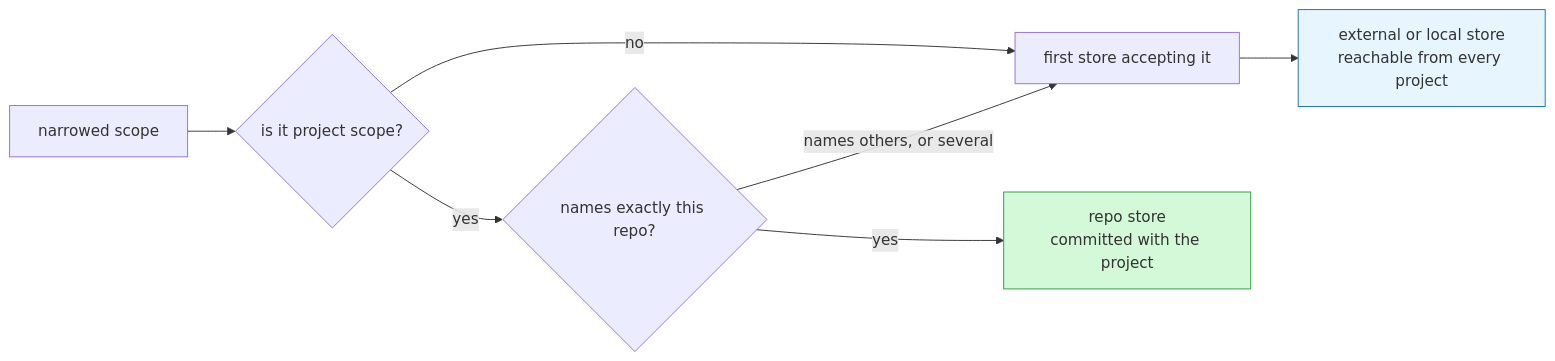
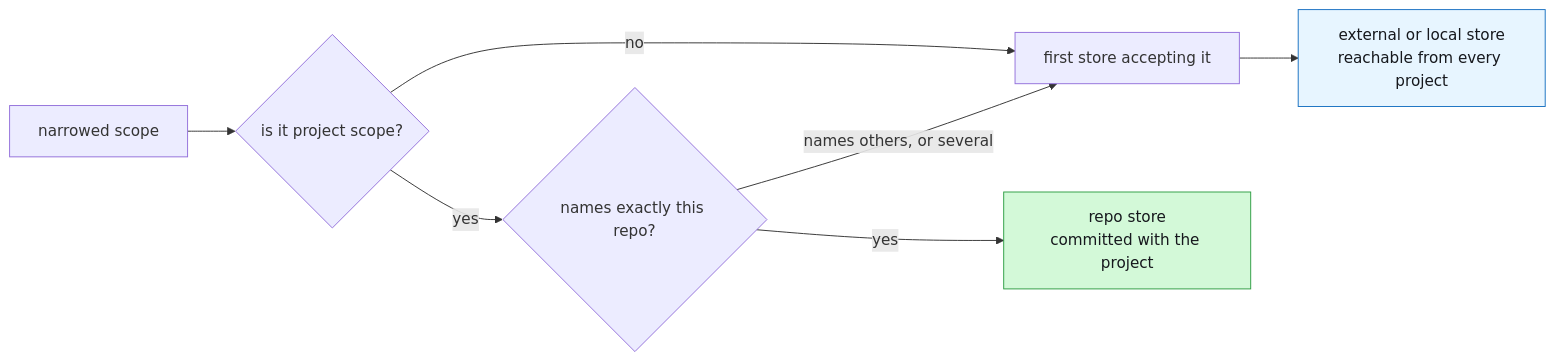
Before and after one commit to breferrari/vestige: the third of 5 diagrams in ARCHITECTURE.md, drawn with Mermaid. The commit also changed other lines of this file and 1 other file, not shown here.

First line of the commit message:
Give every styled diagram node an explicit text colour

````diff
--- a/ARCHITECTURE.md
+++ b/ARCHITECTURE.md
@@ -126,12 +126,12 @@
 ```mermaid
 flowchart LR
     A["narrowed scope"] --> B{"is it project scope?"}
     B -->|no| G["first store accepting it"]
     B -->|yes| C{"names exactly this repo?"}
     C -->|yes| P["repo store<br/>committed with the project"]
     C -->|"names others, or several"| G
     G --> G2["external or local store<br/>reachable from every project"]
 
-    style P fill:#d3f9d8,stroke:#2f9e44
-    style G2 fill:#e7f5ff,stroke:#1971c2
+    style P fill:#d3f9d8,stroke:#2f9e44,color:#16181d
+    style G2 fill:#e7f5ff,stroke:#1971c2,color:#16181d
 ```
````
